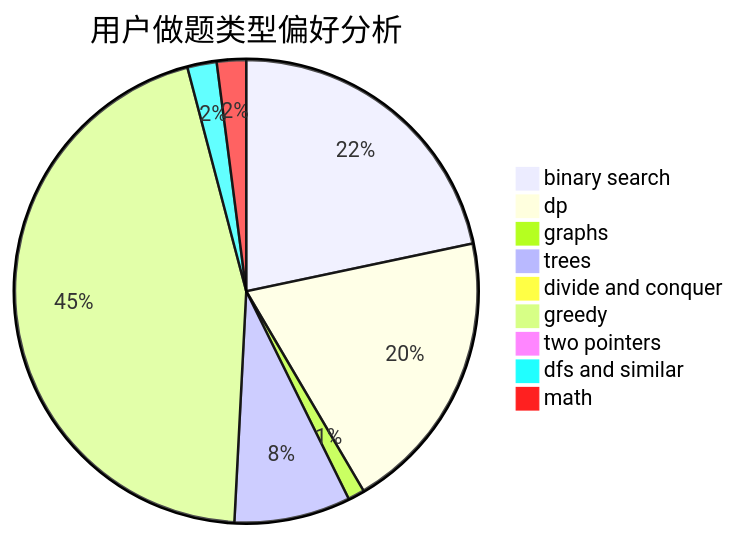
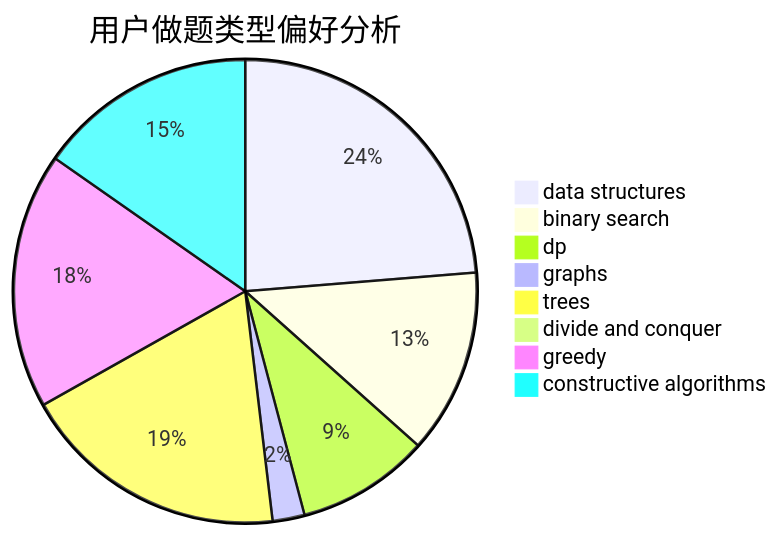
The second of 3 diagrams in docs/user/u594.md (sherpahu/cfrs.github.io), drawn with Mermaid before and after one commit. The commit also changed other lines of this file and 2775 other files, not shown here.

````diff
--- a/docs/user/u594.md
+++ b/docs/user/u594.md
@@ -23,12 +23,11 @@
 ```mermaid
 pie title 用户做题类型偏好分析
-    "binary search" :  318
-    "dp" :  291
-    "graphs" :  17
-    "trees" :  119
+    "data structures" :  138
+    "binary search" :  75
+    "dp" :  54
+    "graphs" :  13
+    "trees" :  109
     "divide and conquer" :  0
-    "greedy" :  661
-    "two pointers" :  9
-    "dfs and similar" :  30
-    "math" :  30
+    "greedy" :  104
+    "constructive algorithms" :  89
 ```
````
